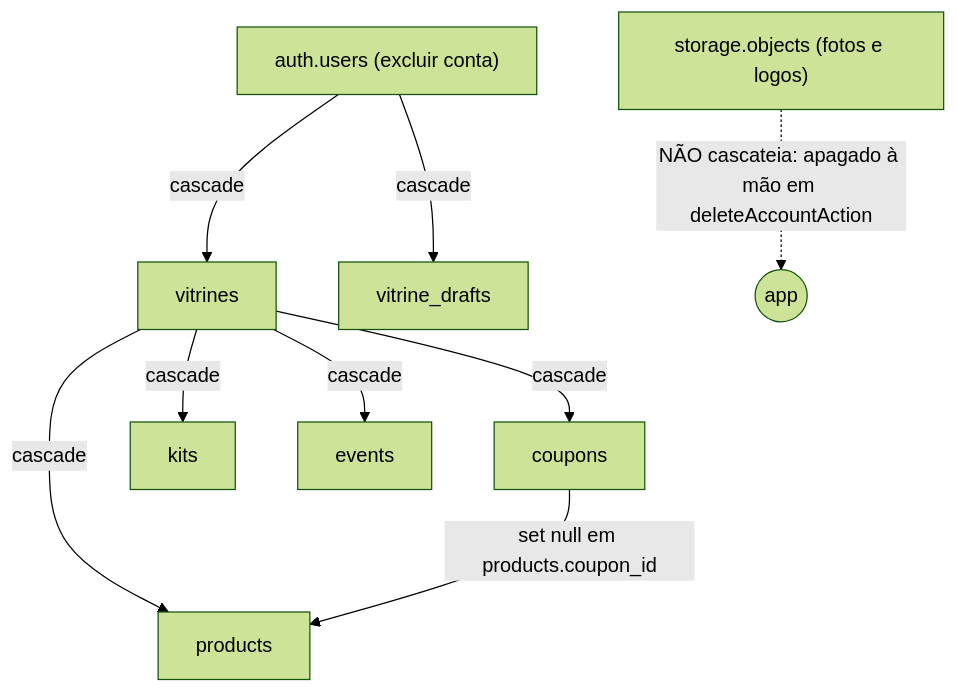
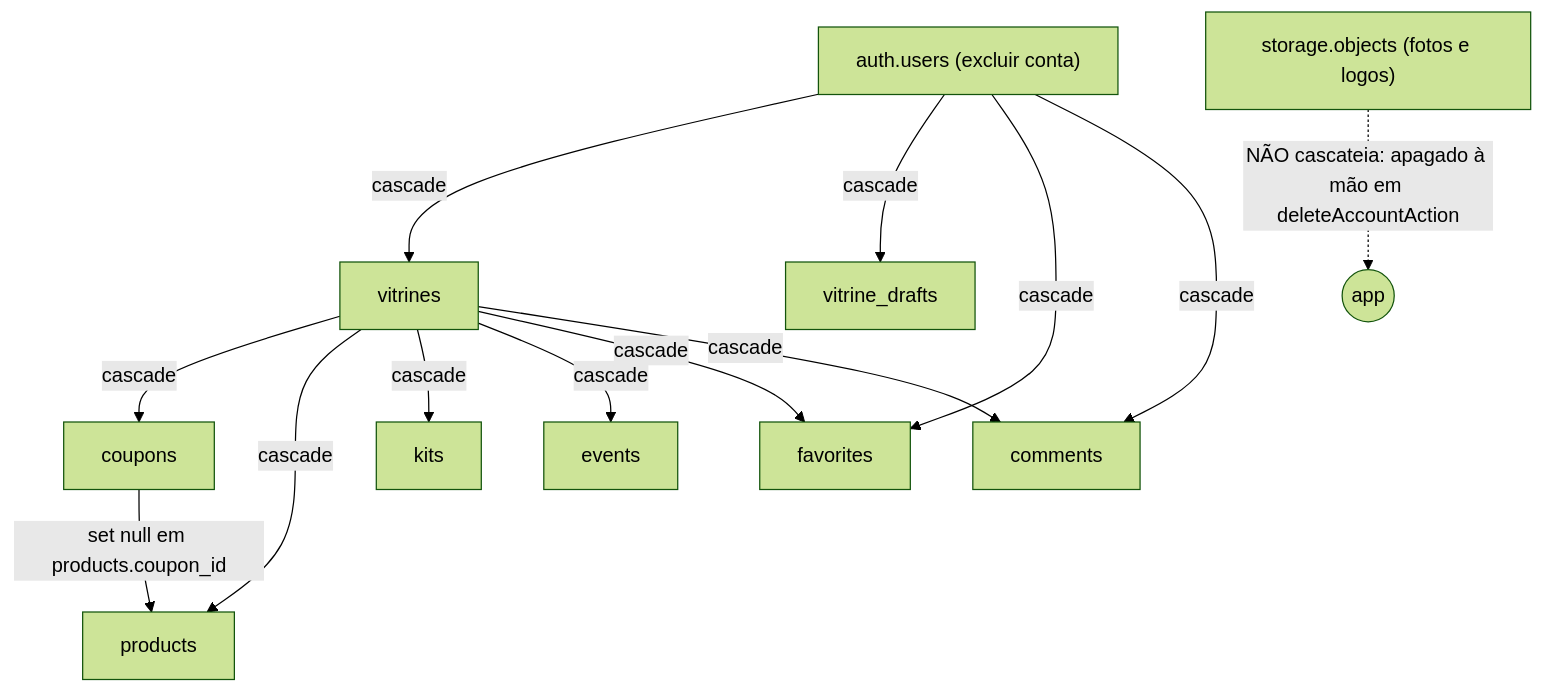
One commit to estevaons/myvitri changed the third of 3 diagrams in docs/database.md. Above: the diagram before and after it, drawn with Mermaid (forest theme). The commit also changed other lines of this file and 48 other files, not shown here.

````diff
--- a/docs/database.md
+++ b/docs/database.md
@@ -351,11 +407,15 @@
 ```mermaid
 graph TD
     U["auth.users (excluir conta)"] -->|cascade| V[vitrines]
     U -->|cascade| D[vitrine_drafts]
     V -->|cascade| C[coupons]
     V -->|cascade| P[products]
     V -->|cascade| K[kits]
     V -->|cascade| E[events]
+    U -->|cascade| F[favorites]
+    V -->|cascade| F
+    U -->|cascade| M[comments]
+    V -->|cascade| M
     C -->|set null em products.coupon_id| P
     S["storage.objects (fotos e logos)"] -.->|"NÃO cascateia: apagado à mão em deleteAccountAction"| X((app))
 ```
````
